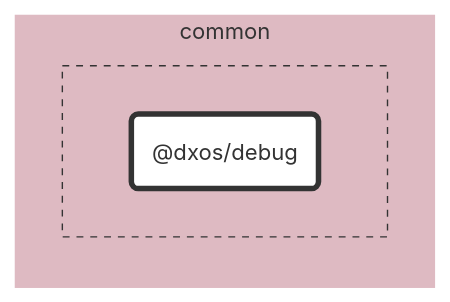
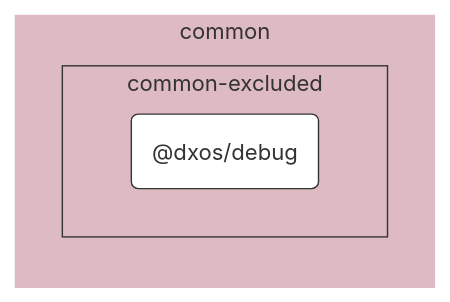
Before and after one commit to dxos/dxos: the diagram in packages/common/debug/docs/README.md, drawn with Mermaid. The commit also changed 84 other files, not shown here.

````diff
--- a/packages/common/debug/docs/README.md
+++ b/packages/common/debug/docs/README.md
@@ -7,30 +7,24 @@
 ```mermaid
 %%{ init: {'flowchart':{'curve':'basis'}} }%%
 
 flowchart LR
 
-%% Links
+%% Classes
+classDef default fill:#fff,stroke:#333,stroke-width:1px
+classDef root fill:#fff,stroke:#333,stroke-width:4px
 
-%% Sections
-subgraph common
-  style common fill:#debac2,stroke:#fff;
+%% Nodes
 
+subgraph common [common]
+  style common fill:#debac2,stroke:#fff
 
-  subgraph common-excluded [ ]
-    style common-excluded fill:#debac2,stroke:#333,stroke-dasharray:5 5;
-
-    dxos/debug("@dxos/debug")
+  subgraph common-excluded [common-excluded]
+    style common-excluded fill:#debac2,stroke:#333,stroke-dashed:5 5
+    dxos/debug("@dxos/debug"):::default
+    click dxos/debug "dxos/dxos/tree/main/packages/common/debug/docs"
   end
 end
 
-
-%% Hyperlinks
-
-%% Styles
-classDef rootNode fill:#fff,stroke:#333,stroke-width:4px
-classDef defaultNode fill:#fff,stroke:#333,stroke-width:1px
+%% Links
 linkStyle default stroke:#333,stroke-width:1px
-
-dxos/debug:::rootNode
-
 ```
````
